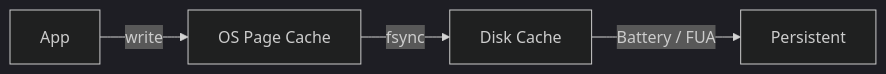
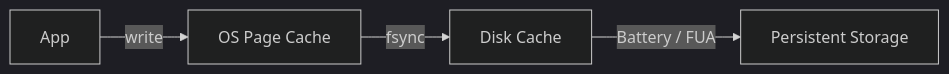
Before and after one commit to shinkeonkim/shinkeonkim.github.io: diagram 11 of 11 in src/content/wiki/database-internals/wal-write-ahead-log.mdx, drawn with Mermaid (dark theme). The commit also changed other lines of this file and 526 other files, not shown here.

First line of the commit message:
content(wiki): 전수조사 및 대규모 보강 (짧은 파일 0, mermaid +645)

````diff
--- a/src/content/wiki/database-internals/wal-write-ahead-log.mdx
+++ b/src/content/wiki/database-internals/wal-write-ahead-log.mdx
@@ -142,6 +257,6 @@
 ```mermaid
 flowchart LR
-    App[App] -->|write| OS[OS Page Cache]
-    OS -->|fsync| Disk[Disk Cache]
-    Disk -->|Battery / FUA| Platter[Persistent]
+    App["App"] -->|write| OS["OS Page Cache"]
+    OS -->|fsync| Disk["Disk Cache"]
+    Disk -->|"Battery / FUA"| Platter["Persistent Storage"]
 ```
````
